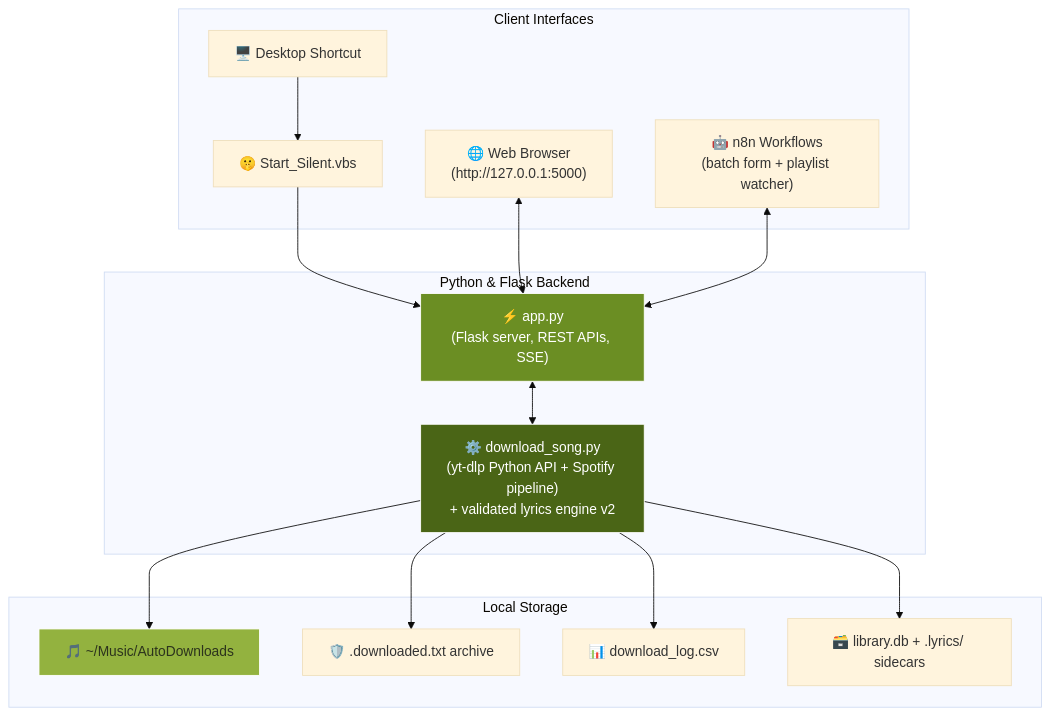
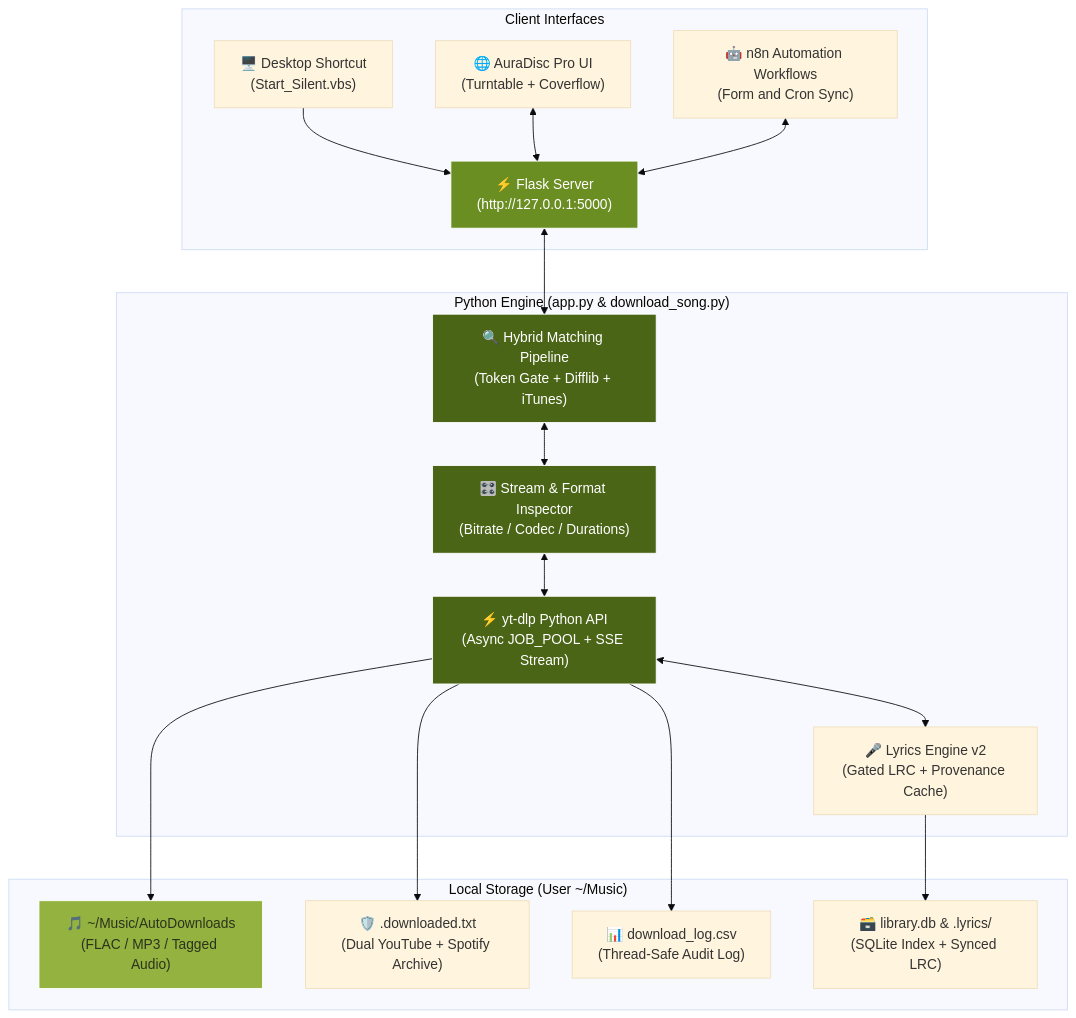
One commit to Rahim36712/N8N_SONG-_DOWNLOADING_AUTOMATION changed the first of 2 diagrams in README.md. Above: the diagram before and after it, drawn with Mermaid (base theme). The commit also changed other lines of this file and 11 other files, not shown here.

Commit message:
feat: implement hybrid matching pipeline, dynamic format inspection modal, and updated documentation

````diff
--- a/README.md
+++ b/README.md
@@ -61,26 +90,40 @@
 ```mermaid
 flowchart TD
     subgraph Client ["Client Interfaces"]
-        A1["🖥️ Desktop Shortcut"] --> B1["🤫 Start_Silent.vbs"]
-        A2["🌐 Web Browser\n(http://127.0.0.1:5000)"]
-        A3["🤖 n8n Workflows\n(batch form + playlist watcher)"]
+        A1["🖥️ Desktop Shortcut
+(Start_Silent.vbs)"] --> B1["⚡ Flask Server
+(http://127.0.0.1:5000)"]
+        A2["🌐 AuraDisc Pro UI
+(Turntable + Coverflow)"] <--> B1
+        A3["🤖 n8n Automation Workflows
+(Form and Cron Sync)"] <--> B1
     end
 
-    subgraph Backend ["Python & Flask Backend"]
-        B1 --> C1["⚡ app.py\n(Flask server, REST APIs, SSE)"]
-        A2 <--> C1
-        A3 <--> C1
-        C1 <--> C2["⚙️ download_song.py\n(yt-dlp Python API + Spotify pipeline)\n+ validated lyrics engine v2"]
+    subgraph Backend ["Python Engine (app.py & download_song.py)"]
+        B1 <--> C1["🔍 Hybrid Matching Pipeline
+(Token Gate + Difflib + iTunes)"]
+        C1 <--> C2["🎛️ Stream & Format Inspector
+(Bitrate / Codec / Durations)"]
+        C2 <--> C3["⚡ yt-dlp Python API
+(Async JOB_POOL + SSE Stream)"]
+        C3 <--> C4["🎤 Lyrics Engine v2
+(Gated LRC + Provenance Cache)"]
     end
 
-    subgraph Storage ["Local Storage"]
-        C2 --> D1["🎵 ~/Music/AutoDownloads"]
-        C2 --> D2["🛡️ .downloaded.txt archive"]
-        C2 --> D3["📊 download_log.csv"]
-        C2 --> D4["🗃️ library.db + .lyrics/ sidecars"]
+    subgraph Storage ["Local Storage (User ~/Music)"]
+        C3 --> D1["🎵 ~/Music/AutoDownloads
+(FLAC / MP3 / Tagged Audio)"]
+        C3 --> D2["🛡️ .downloaded.txt
+(Dual YouTube + Spotify Archive)"]
+        C3 --> D3["📊 download_log.csv
+(Thread-Safe Audit Log)"]
+        C4 --> D4["🗃️ library.db & .lyrics/
+(SQLite Index + Synced LRC)"]
     end
 
-    style C1 fill:#6B8E23,stroke:#fff,color:#fff
+    style B1 fill:#6B8E23,stroke:#fff,color:#fff
+    style C1 fill:#4A6516,stroke:#fff,color:#fff
     style C2 fill:#4A6516,stroke:#fff,color:#fff
+    style C3 fill:#4A6516,stroke:#fff,color:#fff
     style D1 fill:#93B23F,stroke:#fff,color:#2C331D
 ```
````
